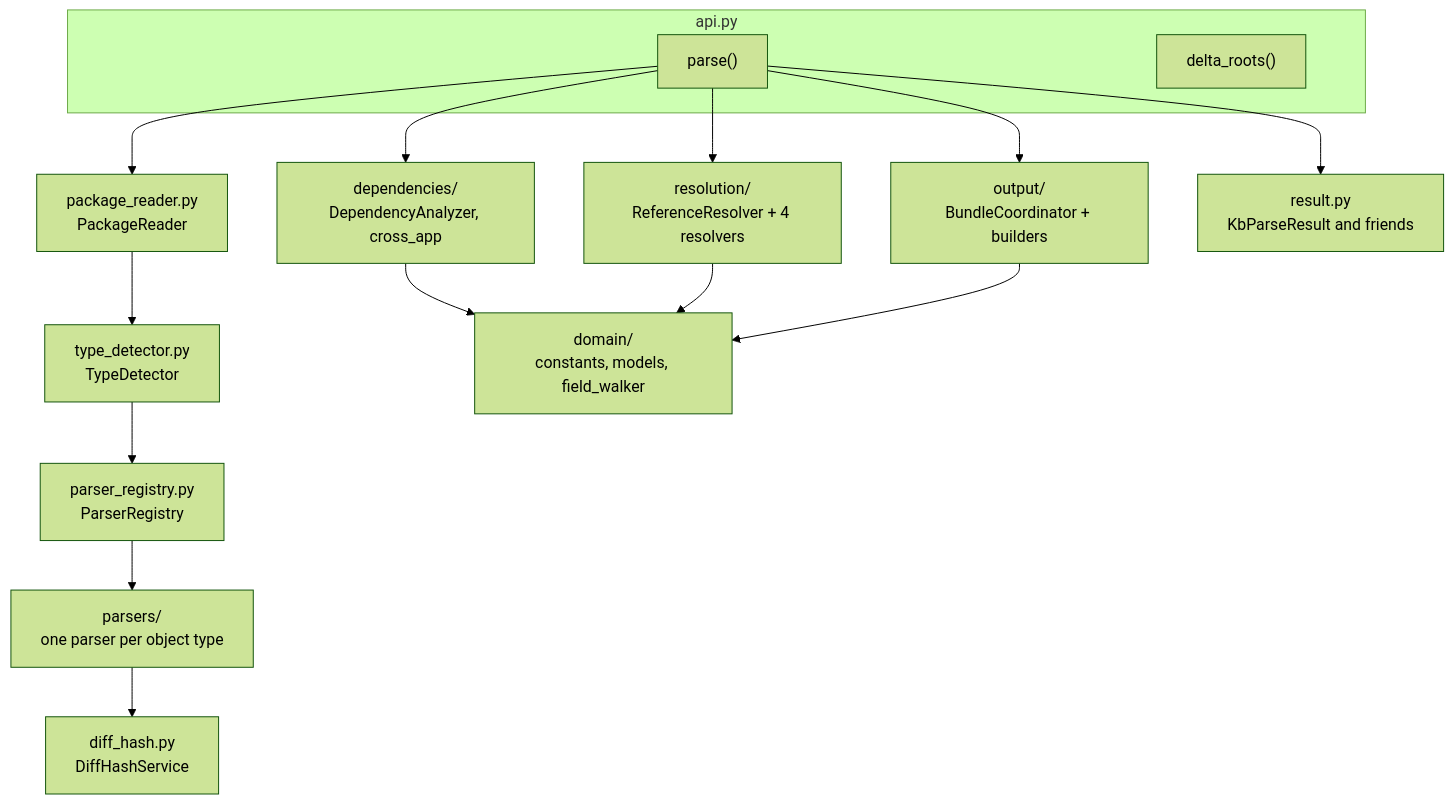
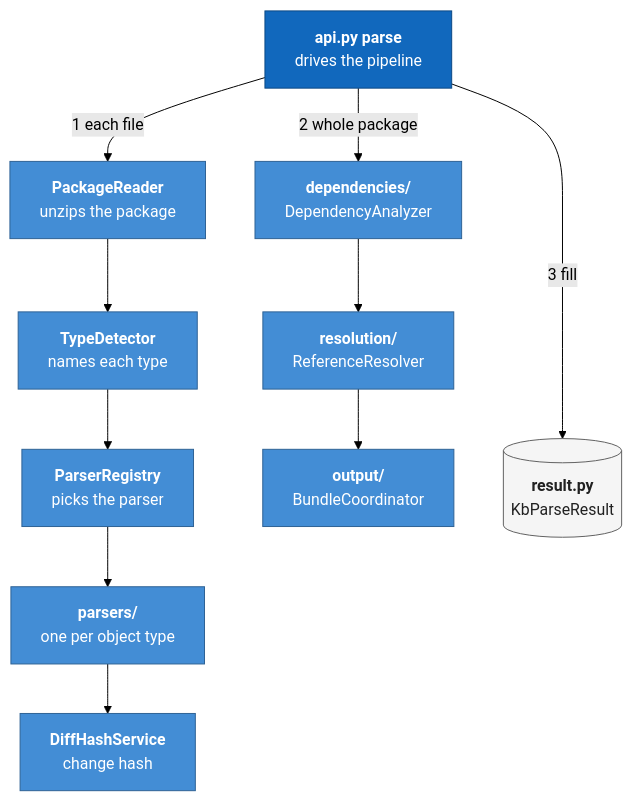
The first of 2 diagrams in genesis/architecture/modules/appian-parser.md (ram-020998/project-tracker), drawn with Mermaid (forest theme) before and after one commit. The commit also changed other lines of this file and 24 other files, not shown here.

First line of the commit message:
architecture: rewrite all 86 Mermaid diagrams to one C4 style, each render-checked

````diff
--- a/genesis/architecture/modules/appian-parser.md
+++ b/genesis/architecture/modules/appian-parser.md
@@ -61,27 +61,23 @@
 ```mermaid
 flowchart TB
-    subgraph api["api.py"]
-        parse["parse()"]
-        roots["delta_roots()"]
-    end
-    reader["package_reader.py<br/>PackageReader"]
-    detector["type_detector.py<br/>TypeDetector"]
-    registry["parser_registry.py<br/>ParserRegistry"]
-    parsers["parsers/<br/>one parser per object type"]
-    hashsvc["diff_hash.py<br/>DiffHashService"]
-    deps["dependencies/<br/>DependencyAnalyzer, cross_app"]
-    res["resolution/<br/>ReferenceResolver + 4 resolvers"]
-    bundles["output/<br/>BundleCoordinator + builders"]
-    dom["domain/<br/>constants, models, field_walker"]
-    result["result.py<br/>KbParseResult and friends"]
+    parse["<b>api.py parse</b><br/>drives the pipeline"]:::core
 
-    parse --> reader --> detector --> registry --> parsers
-    parsers --> hashsvc
-    parse --> deps
-    parse --> res
-    parse --> bundles
-    deps --> dom
-    res --> dom
-    bundles --> dom
-    parse --> result
+    reader["<b>PackageReader</b><br/>unzips the package"]:::comp
+    detector["<b>TypeDetector</b><br/>names each type"]:::comp
+    registry["<b>ParserRegistry</b><br/>picks the parser"]:::comp
+    parsers["<b>parsers/</b><br/>one per object type"]:::comp
+    hashsvc["<b>DiffHashService</b><br/>change hash"]:::comp
+
+    deps["<b>dependencies/</b><br/>DependencyAnalyzer"]:::comp
+    res["<b>resolution/</b><br/>ReferenceResolver"]:::comp
+    bundles["<b>output/</b><br/>BundleCoordinator"]:::comp
+    result[("<b>result.py</b><br/>KbParseResult")]:::data
+
+    parse -- "1 each file" --> reader --> detector --> registry --> parsers --> hashsvc
+    parse -- "2 whole package" --> deps --> res --> bundles
+    parse -- "3 fill" ----> result
+
+    classDef core fill:#1168bd,stroke:#0b4884,color:#ffffff
+    classDef comp fill:#438dd5,stroke:#2e6295,color:#ffffff
+    classDef data fill:#f5f5f5,stroke:#616161,color:#212121
 ```
````
